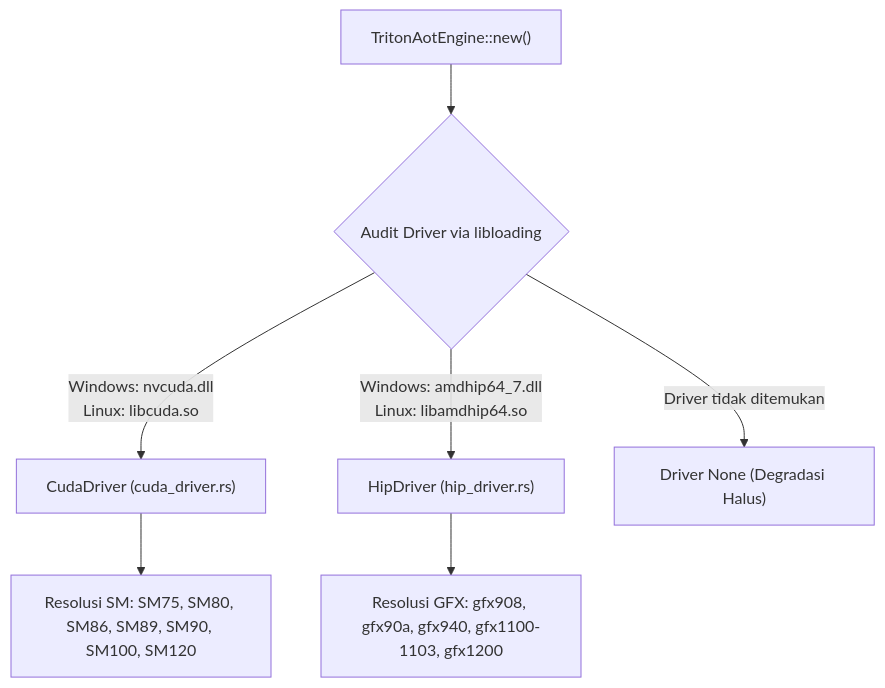
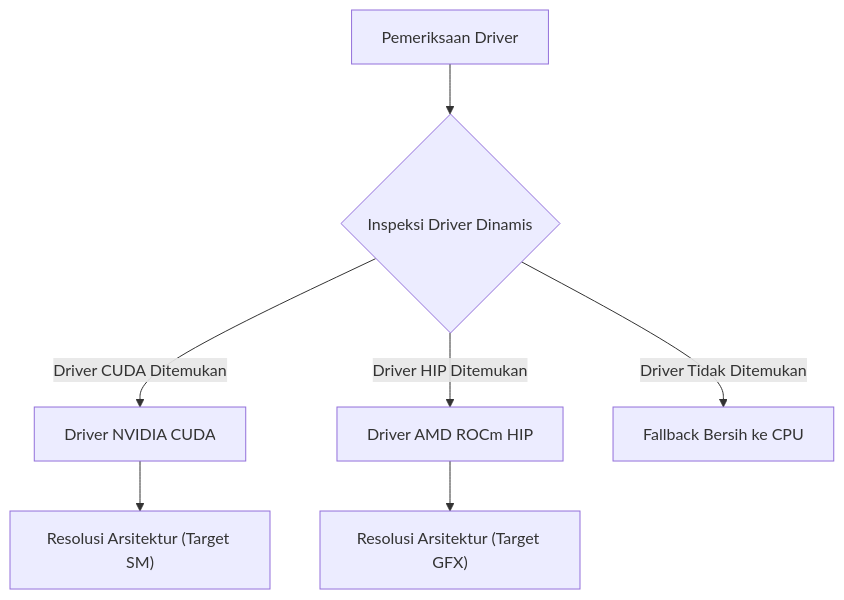
One commit to cloverx-id/luminamoon changed the diagram in docs/optimize/triton_aot/README.id.md. Above: the diagram before and after it, drawn with Mermaid. The commit also changed 33 other files, not shown here.

Commit message:
change diagram style

````diff
--- a/docs/optimize/triton_aot/README.id.md
+++ b/docs/optimize/triton_aot/README.id.md
@@ -13,11 +13,11 @@
 ```mermaid
 flowchart TD
-    Init["TritonAotEngine::new()"] --> Probe{"Audit Driver via libloading"}
-    
-    Probe -->|"Windows: nvcuda.dll<br/>Linux: libcuda.so"| CUDA["CudaDriver (cuda_driver.rs)"]
-    Probe -->|"Windows: amdhip64_7.dll<br/>Linux: libamdhip64.so"| ROCm["HipDriver (hip_driver.rs)"]
-    Probe -->|"Driver tidak ditemukan"| None["Driver None (Degradasi Halus)"]
+    Init["Pemeriksaan Driver"] --> Probe{"Inspeksi Driver Dinamis"}
 
-    CUDA --> ArchCUDA["Resolusi SM: SM75, SM80, SM86, SM89, SM90, SM100, SM120"]
-    ROCm --> ArchROCm["Resolusi GFX: gfx908, gfx90a, gfx940, gfx1100-1103, gfx1200"]
+    Probe -->|"Driver CUDA Ditemukan"| CUDA["Driver NVIDIA CUDA"]
+    Probe -->|"Driver HIP Ditemukan"| ROCm["Driver AMD ROCm HIP"]
+    Probe -->|"Driver Tidak Ditemukan"| Fallback["Fallback Bersih ke CPU"]
+
+    CUDA --> ArchCUDA["Resolusi Arsitektur (Target SM)"]
+    ROCm --> ArchROCm["Resolusi Arsitektur (Target GFX)"]
 ```
````
